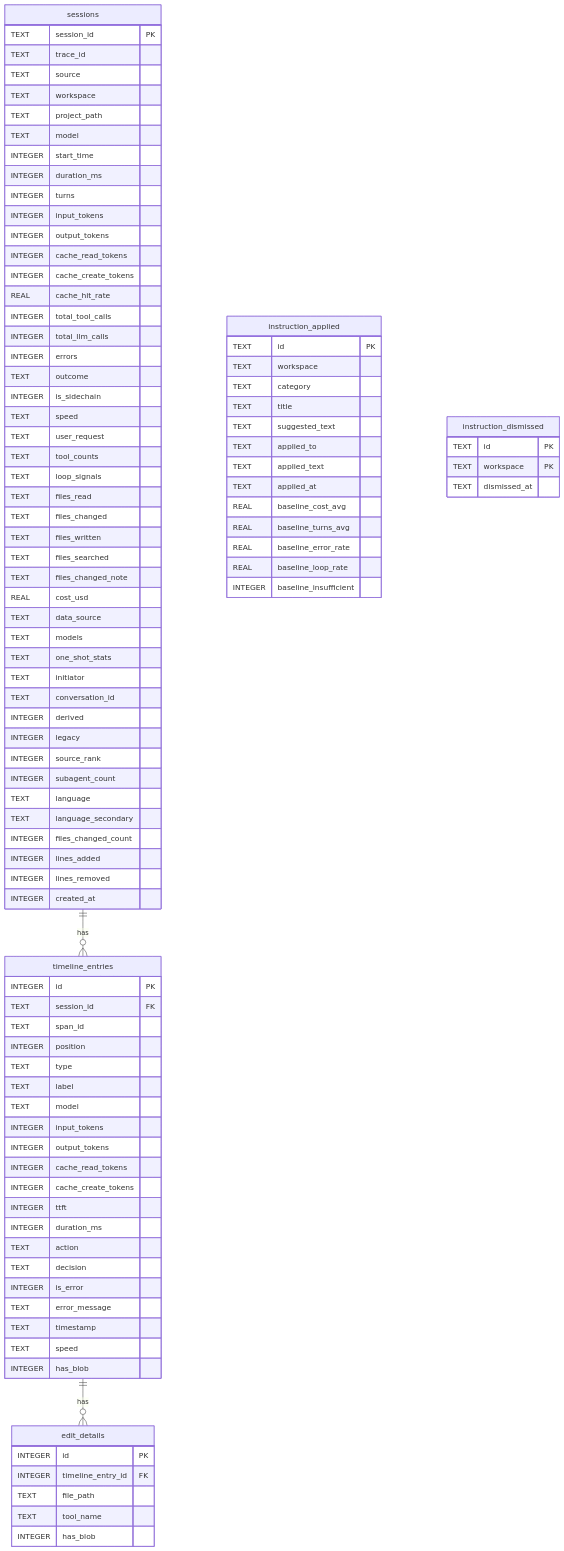
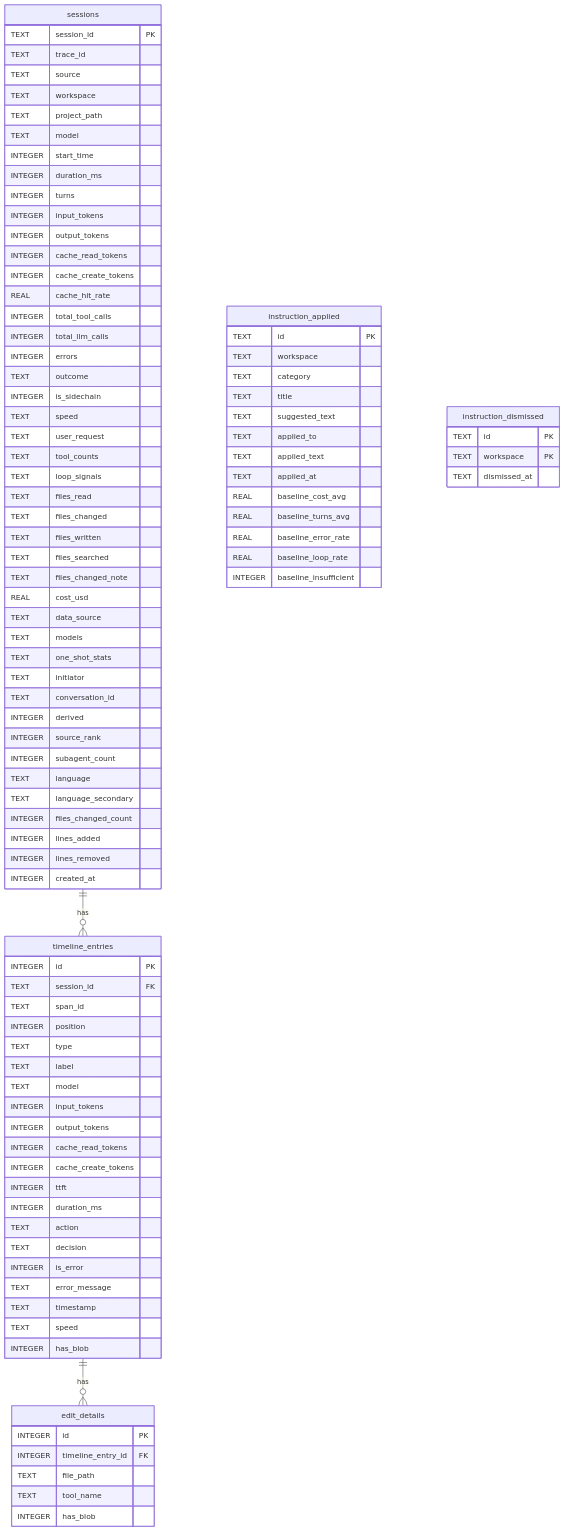
Before and after one commit to traceroost/core: the eighth of 20 diagrams in ARCHITECTURE.md, drawn with Mermaid. The commit also changed other lines of this file and 35 other files, not shown here.

```diff
--- a/ARCHITECTURE.md
+++ b/ARCHITECTURE.md
@@ -499,7 +499,6 @@
         TEXT initiator
         TEXT conversation_id
         INTEGER derived
-        INTEGER legacy
         INTEGER source_rank
         INTEGER subagent_count
         TEXT language
```
